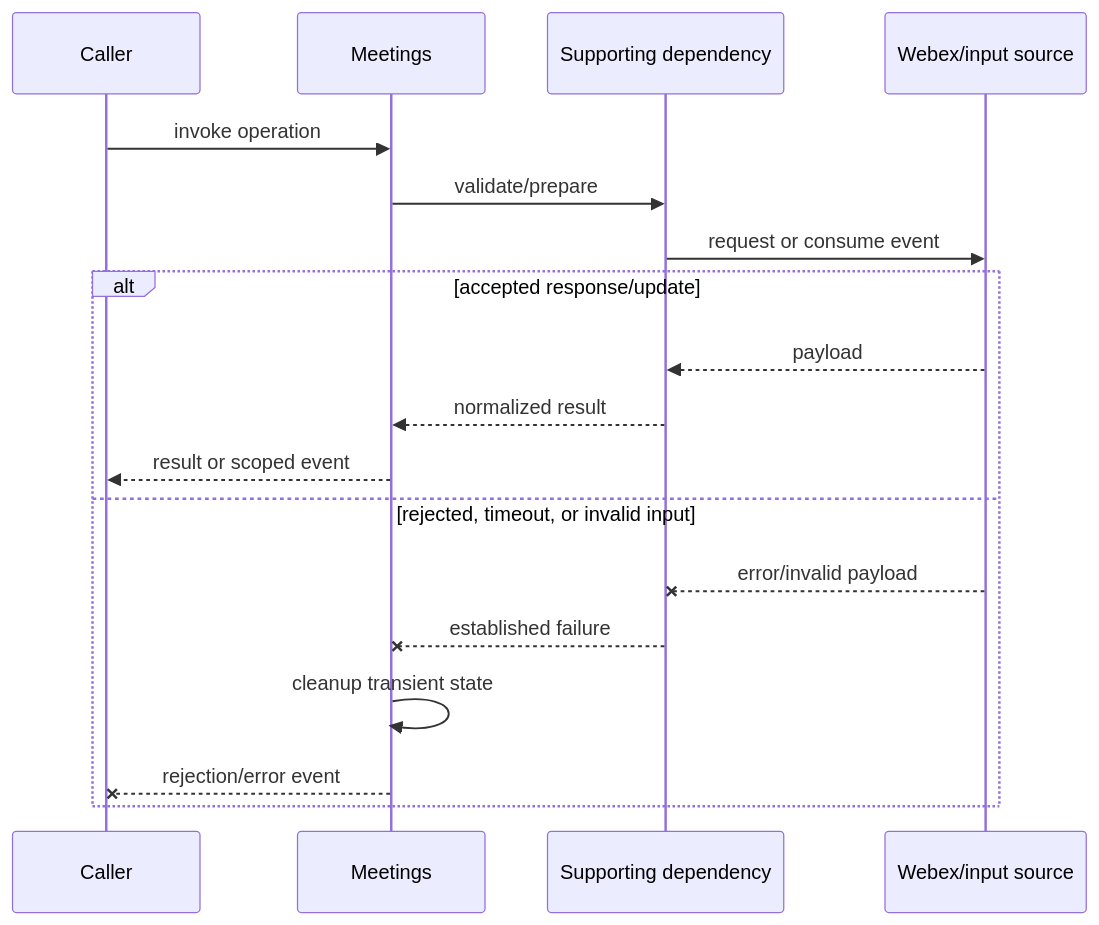
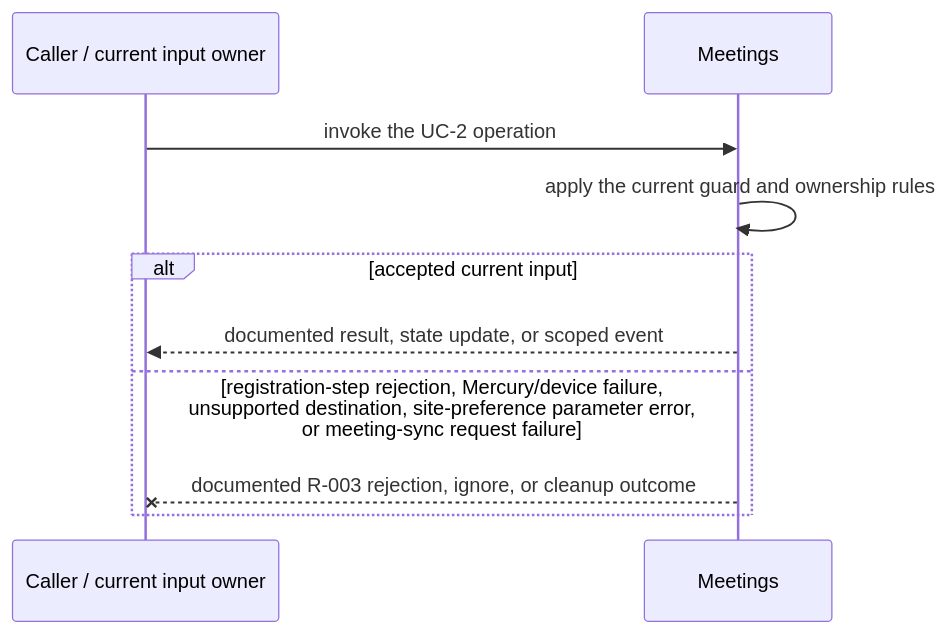
Before and after one commit to webex/webex-js-sdk: the third of 5 diagrams in packages/@webex/plugin-meetings/src/meetings/ai-docs/meetings-spec.md, drawn with Mermaid. The commit also changed other lines of this file and 26 other files, not shown here.

````diff
--- a/packages/@webex/plugin-meetings/src/meetings/ai-docs/meetings-spec.md
+++ b/packages/@webex/plugin-meetings/src/meetings/ai-docs/meetings-spec.md
@@ -123,20 +149,12 @@
 ```mermaid
 sequenceDiagram
-  participant C as Caller
+  participant C as Caller / current input owner
   participant M as Meetings
-  participant D as Supporting dependency
-  participant W as Webex/input source
-  C->>M: invoke operation
-  M->>D: validate/prepare
-  D->>W: request or consume event
-  alt accepted response/update
-    W-->>D: payload
-    D-->>M: normalized result
-    M-->>C: result or scoped event
-  else rejected, timeout, or invalid input
-    W--xD: error/invalid payload
-    D--xM: established failure
-    M->>M: cleanup transient state
-    M--xC: rejection/error event
+  C->>M: invoke the UC-2 operation
+  M->>M: apply the current guard and ownership rules
+  alt accepted current input
+    M-->>C: documented result, state update, or scoped event
+  else registration-step rejection, Mercury/device failure, unsupported destination, site-preference parameter error, or meeting-sync request failure
+    M--xC: documented R-003 rejection, ignore, or cleanup outcome
   end
 ```
````
